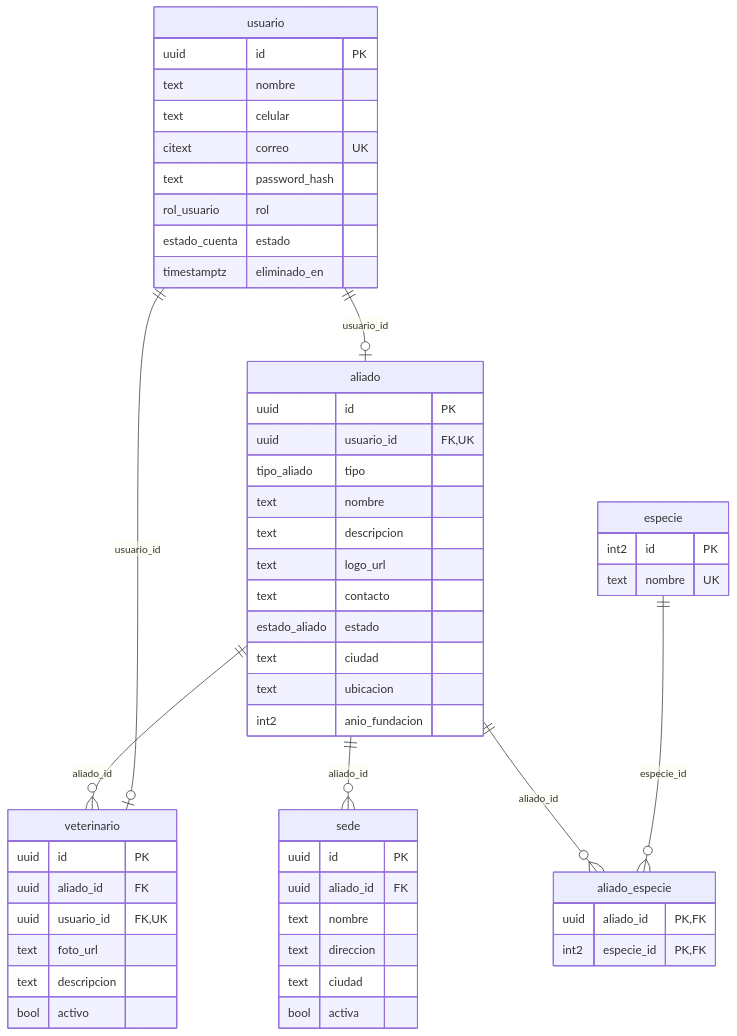
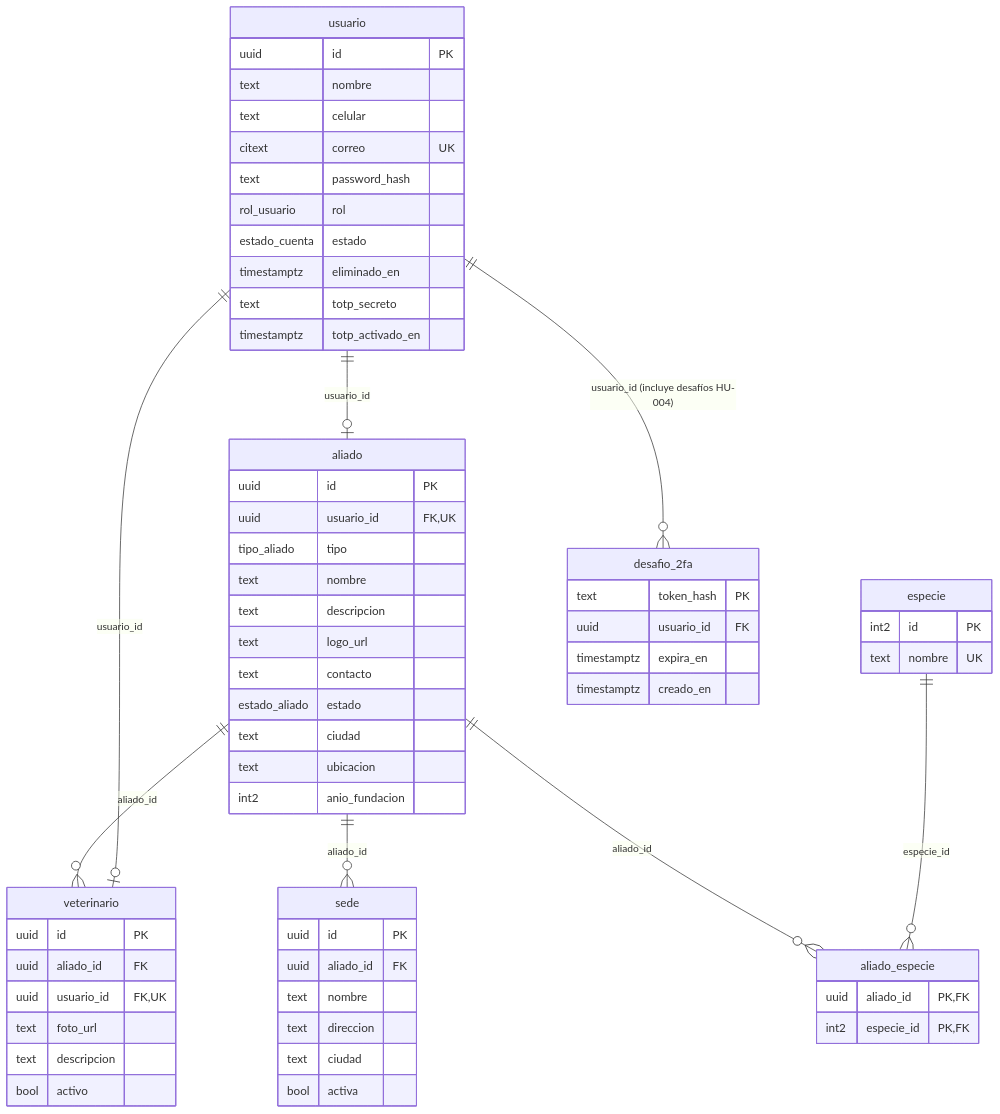
The second of 7 diagrams in docs/diagramas_er.md (DanielTrujillo01/Veto-App), drawn with Mermaid before and after one commit. The commit also changed other lines of this file and 18 other files, not shown here.

First line of the commit message:
Add secure password recovery flow

````diff
--- a/docs/diagramas_er.md
+++ b/docs/diagramas_er.md
@@ -43,56 +44,65 @@
 ```mermaid
 erDiagram
     aliado {
         uuid id PK
         uuid usuario_id FK,UK
         tipo_aliado tipo
         text nombre
         text descripcion
         text logo_url
         text contacto
         estado_aliado estado
         text ciudad
         text ubicacion
         int2 anio_fundacion
     }
     aliado_especie {
         uuid aliado_id PK,FK
         int2 especie_id PK,FK
     }
     especie {
         int2 id PK
         text nombre UK
     }
     sede {
         uuid id PK
         uuid aliado_id FK
         text nombre
         text direccion
         text ciudad
         bool activa
     }
     usuario {
         uuid id PK
         text nombre
         text celular
         citext correo UK
         text password_hash
         rol_usuario rol
         estado_cuenta estado
         timestamptz eliminado_en
+        text totp_secreto
+        timestamptz totp_activado_en
+    }
+    desafio_2fa {
+        text token_hash PK
+        uuid usuario_id FK
+        timestamptz expira_en
+        timestamptz creado_en
     }
     veterinario {
         uuid id PK
         uuid aliado_id FK
         uuid usuario_id FK,UK
         text foto_url
         text descripcion
         bool activo
     }
     usuario ||--o| aliado : "usuario_id"
+    usuario ||--o{ desafio_2fa : "usuario_id (incluye desafíos HU-004)"
     aliado ||--o{ veterinario : "aliado_id"
     usuario ||--o| veterinario : "usuario_id"
     aliado ||--o{ sede : "aliado_id"
     aliado ||--o{ aliado_especie : "aliado_id"
     especie ||--o{ aliado_especie : "especie_id"
 ```
````
